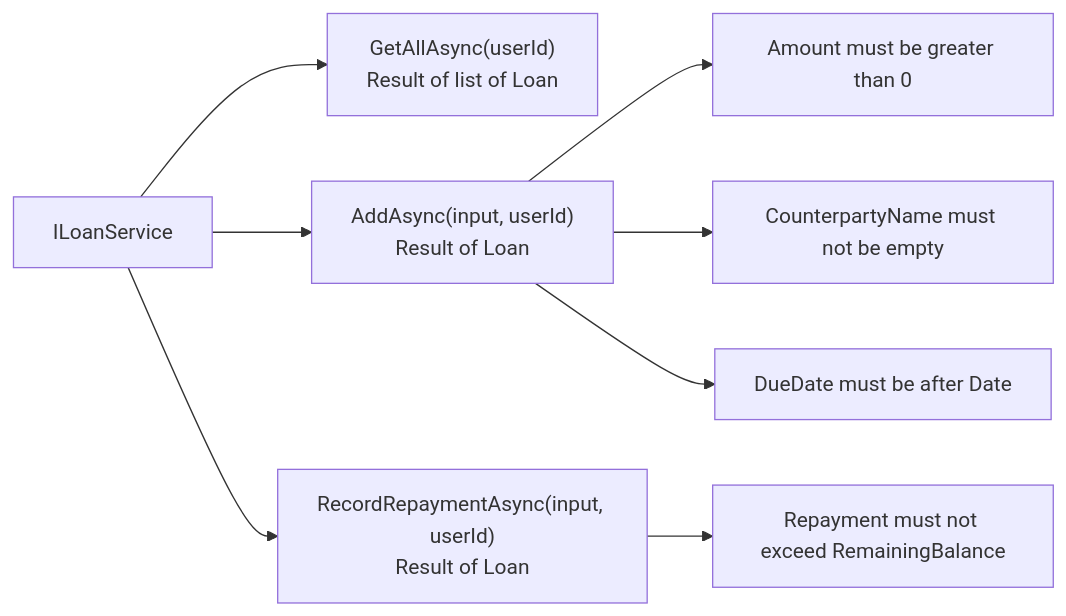
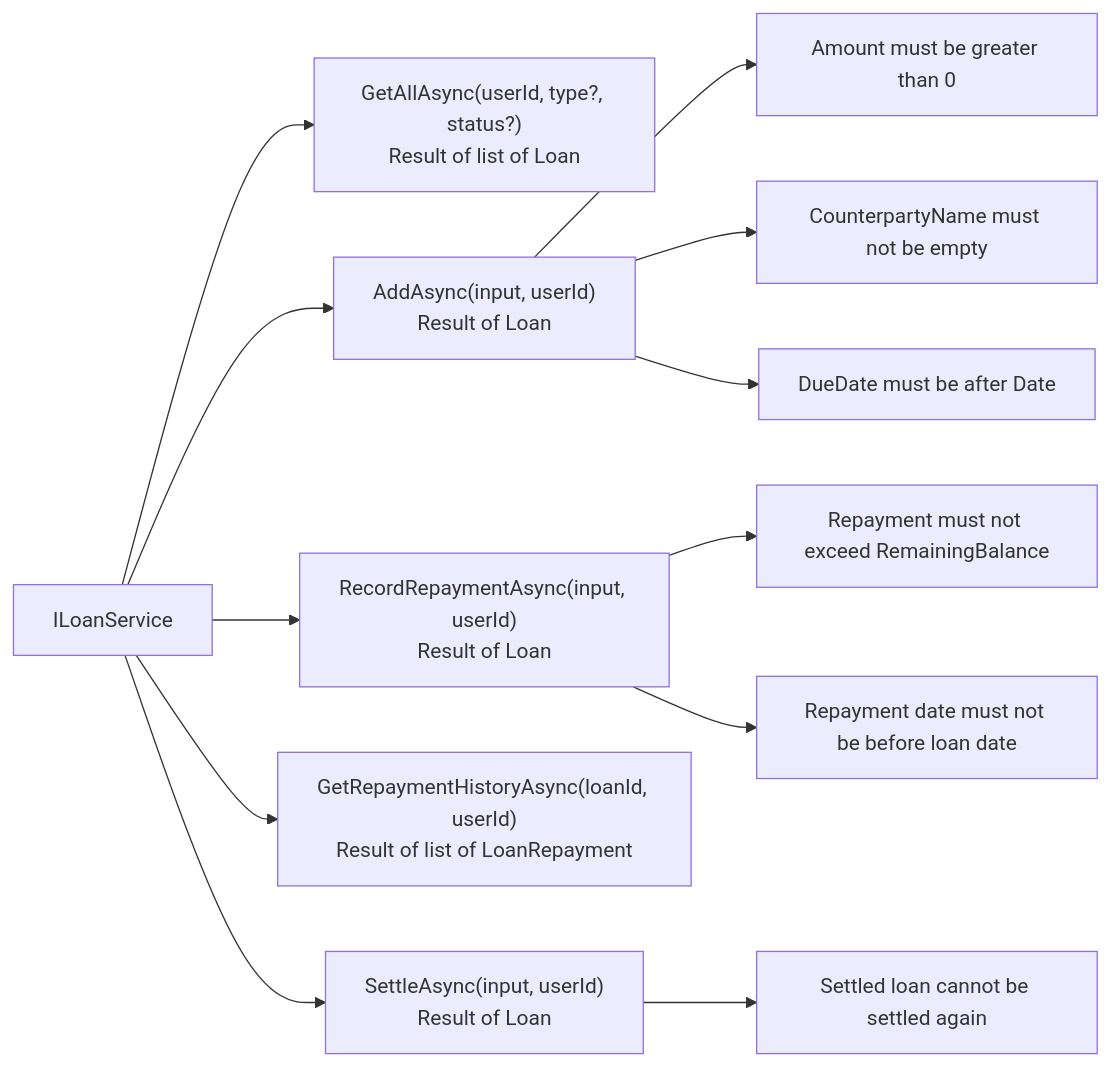
One commit to dev-personal-projects/vela changed the sixth of 8 diagrams in docs/phases/PHASE-3-application.md. Above: the diagram before and after it, drawn with Mermaid. The commit also changed other lines of this file and 4 other files, not shown here.

````diff
--- a/docs/phases/PHASE-3-application.md
+++ b/docs/phases/PHASE-3-application.md
@@ -147,12 +152,16 @@
 ```mermaid
 flowchart LR
     LS[ILoanService]
-    LS --> GA["GetAllAsync(userId)\nResult of list of Loan"]
+    LS --> GA["GetAllAsync(userId, type?, status?)\nResult of list of Loan"]
     LS --> AD["AddAsync(input, userId)\nResult of Loan"]
     LS --> RP["RecordRepaymentAsync(input, userId)\nResult of Loan"]
+    LS --> RH["GetRepaymentHistoryAsync(loanId, userId)\nResult of list of LoanRepayment"]
+    LS --> ST["SettleAsync(input, userId)\nResult of Loan"]
 
     AD --> V1[Amount must be greater than 0]
     AD --> V2[CounterpartyName must not be empty]
     AD --> V3[DueDate must be after Date]
     RP --> V4[Repayment must not exceed RemainingBalance]
+    RP --> V5[Repayment date must not be before loan date]
+    ST --> V6[Settled loan cannot be settled again]
 ```
````
